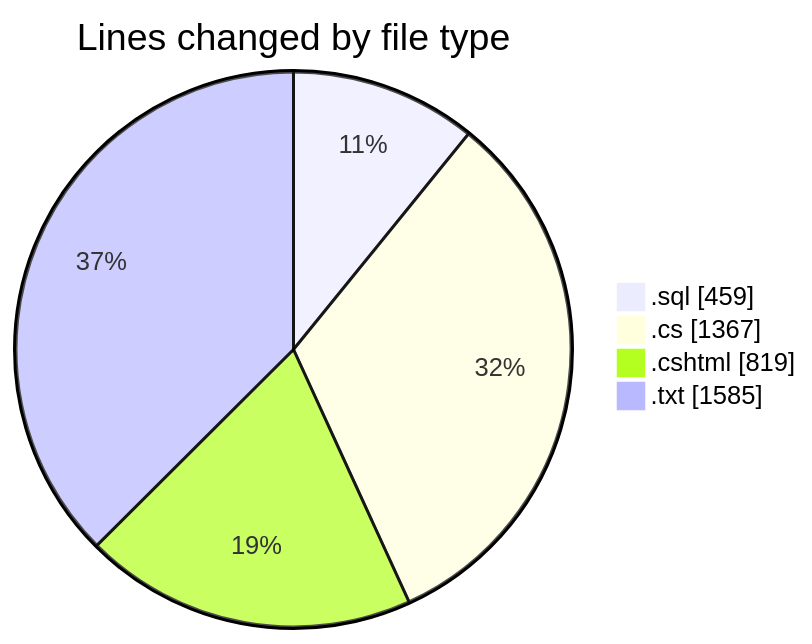
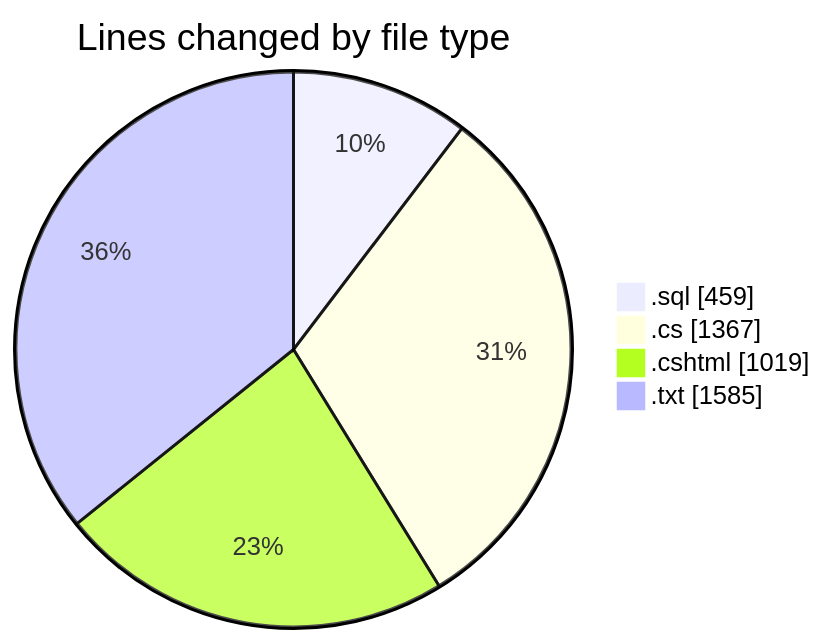
One commit to lephambinh05/code-tracking changed the first of 2 diagrams in 2025-07-23/quanlyrapchieuphim/README.md. Above: the diagram before and after it, drawn with Mermaid. The commit also changed other lines of this file and 1 other file, not shown here.

````diff
--- a/2025-07-23/quanlyrapchieuphim/README.md
+++ b/2025-07-23/quanlyrapchieuphim/README.md
@@ -30,8 +31,8 @@
 ```mermaid
 pie showData
 title Lines changed by file type
 ".sql" : 459
 ".cs" : 1367
-".cshtml" : 819
+".cshtml" : 1019
 ".txt" : 1585
 ```
````
